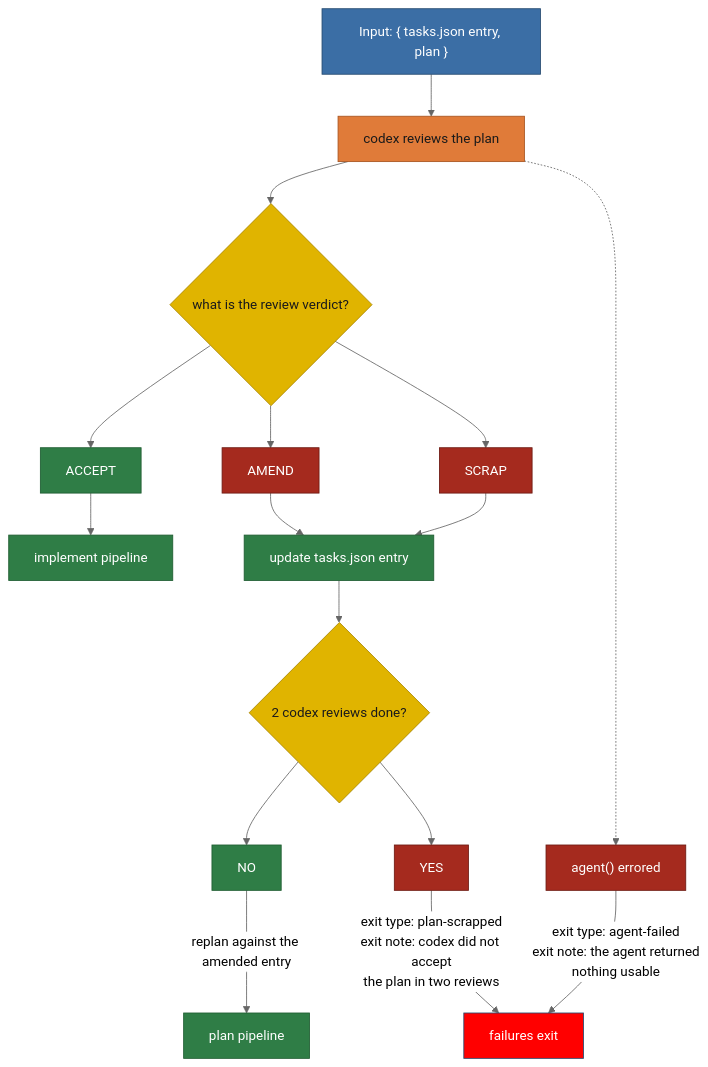
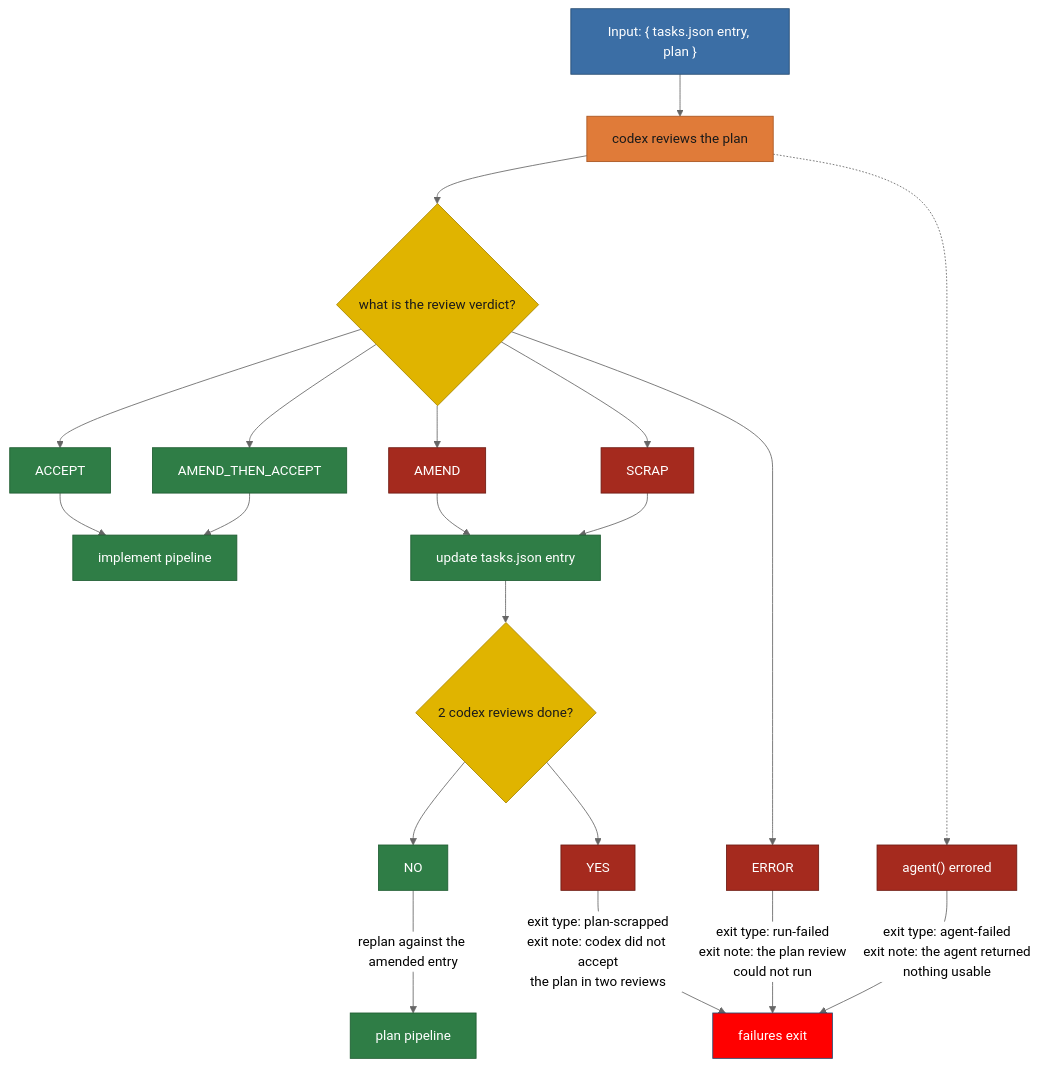
Before and after one commit to matkatmusic/taskTools: the diagram in plans/diagram/pipeline-reviewPlan.mmd, drawn with Mermaid (neutral theme). The commit also changed 14 other files, not shown here.

Commit message:
Plan Review prompt implemented.

```diff
--- a/plans/diagram/pipeline-reviewPlan.mmd
+++ b/plans/diagram/pipeline-reviewPlan.mmd
@@ -1,65 +1,74 @@
 flowchart TB
 %% REVIEW PLAN PIPELINE. Split from pipeline-planning.mmd.
 %% ---
 %% Input: a draft plan from the plan pipeline.
 %% ---
 %% One job: decide whether the plan is good enough to implement.
 %% ---
 %% Codex gets two reviews. On the second one the pipeline aborts.
+%% ---
+%% AMEND_THEN_ACCEPT: the script already wrote codex's fixes into the plan, so implement reads them.
+%% ---
+%% ERROR means the reviewer never read the plan, so no ruling was possible.
 %% ---
 %% "update tasks.json entry" writes codex's notes into the entry.
 %% ---
 %% It also raises the review counter by one.
 %% ---
 %% The planner reads that entry, so the replan is not a bare retry.
 %% ---
 %% A script that fails operationally exits the run as run-failed.
 %% ---
 %% Exit types this pipeline can produce:
 %% ---
 %% agent-failed - an agent returned nothing usable
 %% ---
 %% plan-scrapped - codex did not accept the plan in two reviews
 %% ---
 %% run-failed - a script failed operationally
 
   DRAFT_PLAN_INPUT["Input: { tasks.json entry, plan }"] --> CODEX_REVIEWS_PLAN
   CODEX_REVIEWS_PLAN["codex reviews the plan"] --> WHAT_IS_REVIEW_VERDICT{"what is the review verdict?"}
   WHAT_IS_REVIEW_VERDICT --> VERDICT_ACCEPT["ACCEPT"]
+  WHAT_IS_REVIEW_VERDICT --> VERDICT_AMEND_THEN_ACCEPT["AMEND_THEN_ACCEPT"]
   WHAT_IS_REVIEW_VERDICT --> VERDICT_AMEND["AMEND"]
   WHAT_IS_REVIEW_VERDICT --> VERDICT_SCRAP["SCRAP"]
+  WHAT_IS_REVIEW_VERDICT --> VERDICT_ERROR["ERROR"]
 
   VERDICT_ACCEPT --> IMPLEMENT_PIPELINE["implement pipeline"]
+  VERDICT_AMEND_THEN_ACCEPT --> IMPLEMENT_PIPELINE
+
+  VERDICT_ERROR -- "exit type: run-failed<br/>exit note: the plan review<br/>could not run" --> EXIT_WORKFLOW
 
   VERDICT_AMEND --> UPDATE_TASK_ENTRY
   VERDICT_SCRAP --> UPDATE_TASK_ENTRY
   UPDATE_TASK_ENTRY["update tasks.json entry"] --> ARE_2_REVIEWS_DONE{"2 codex reviews done?"}
   ARE_2_REVIEWS_DONE --> ARE_2_REVIEWS_DONE_NO["NO"]
   ARE_2_REVIEWS_DONE --> ARE_2_REVIEWS_DONE_YES["YES"]
   ARE_2_REVIEWS_DONE_NO -- "replan against the amended entry" --> PLAN_PIPELINE["plan pipeline"]
   ARE_2_REVIEWS_DONE_YES -- "exit type: plan-scrapped<br/>exit note: codex did not accept<br/>the plan in two reviews" --> EXIT_WORKFLOW
 
   CODEX_REVIEWS_PLAN -.-> AGENT_ERRORED["agent() errored"] -- "exit type: agent-failed<br/>exit note: the agent returned<br/>nothing usable" --> EXIT_WORKFLOW
 
   EXIT_WORKFLOW["failures exit"]
 
   %% Green heads for the next pipeline.
   %% ---
   %% Red replans, or ends in the exit workflow.
   classDef pipeline fill:#2f7d46,stroke:#1e5c31,color:#ffffff
   classDef script fill:#2f7d46,stroke:#1e5c31,color:#ffffff
   classDef agent fill:#e07b39,stroke:#a8541f,color:#1a1a1a
   classDef decision fill:#e0b400,stroke:#a88600,color:#1a1a1a
   classDef output fill:#3b6ea5,stroke:#254a70,color:#ffffff
   classDef fail fill:red,stroke:#254a70,color:#ffffff
   classDef pass fill:#2f7d46,stroke:#1e5c31,color:#ffffff
   classDef nopass fill:#a52a1e,stroke:#6d1a12,color:#ffffff
   class WHAT_IS_REVIEW_VERDICT,ARE_2_REVIEWS_DONE decision
   class UPDATE_TASK_ENTRY script
   class CODEX_REVIEWS_PLAN agent
   class PLAN_PIPELINE,IMPLEMENT_PIPELINE pipeline
-  class VERDICT_ACCEPT,ARE_2_REVIEWS_DONE_NO pass
-  class VERDICT_AMEND,VERDICT_SCRAP,ARE_2_REVIEWS_DONE_YES nopass
+  class VERDICT_ACCEPT,VERDICT_AMEND_THEN_ACCEPT,ARE_2_REVIEWS_DONE_NO pass
+  class VERDICT_AMEND,VERDICT_SCRAP,VERDICT_ERROR,ARE_2_REVIEWS_DONE_YES nopass
   class AGENT_ERRORED nopass
   class EXIT_WORKFLOW fail
   class DRAFT_PLAN_INPUT output
```
